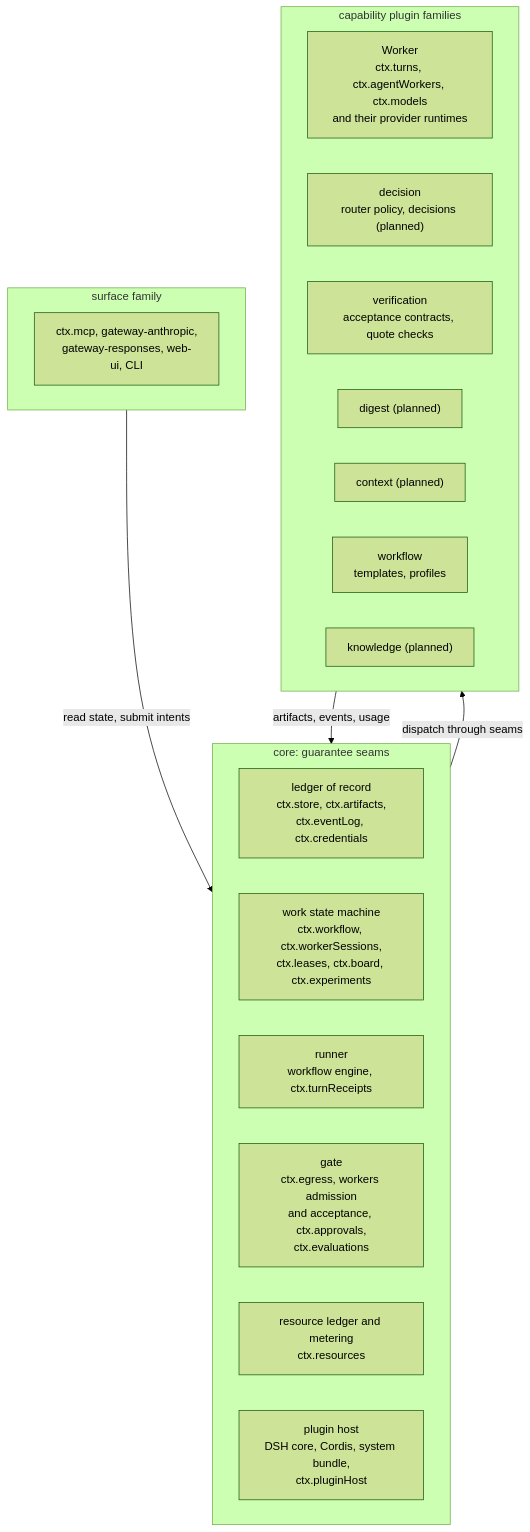
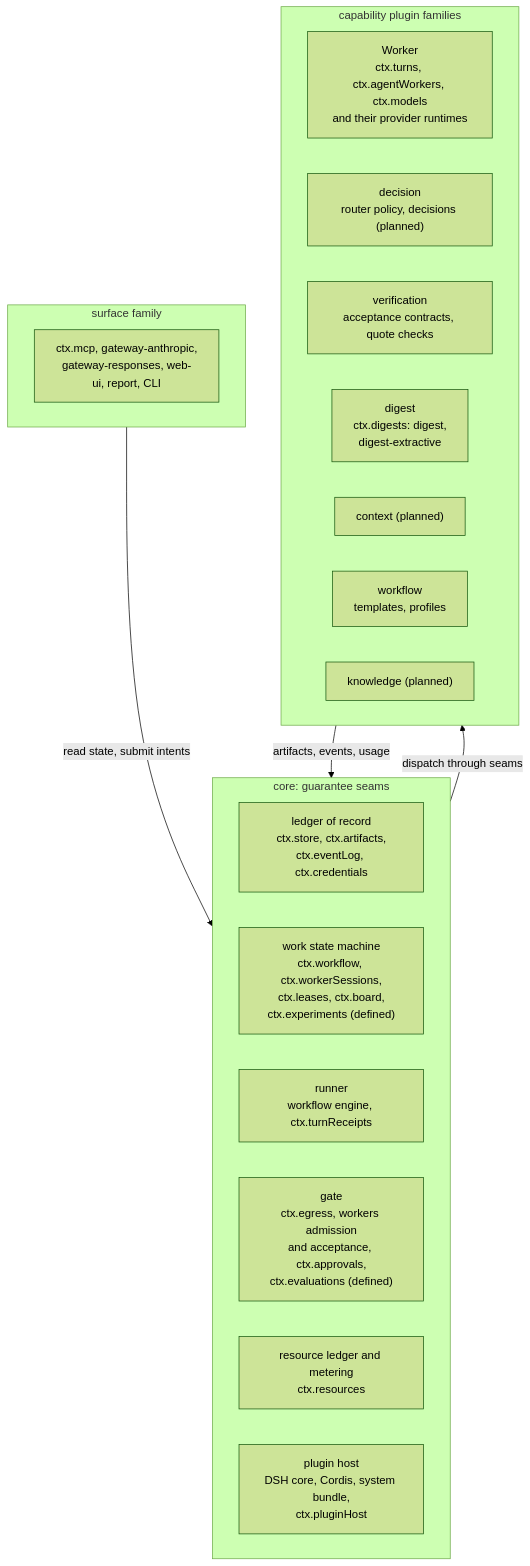
The third of 4 diagrams in docs/architecture/README.md (tsuuanmi/system), drawn with Mermaid (forest theme) before and after one commit. The commit also changed other lines of this file and 3 other files, not shown here.

Commit message:
docs(architecture): align components, data flow, and plugin model with code

````diff
--- a/docs/architecture/README.md
+++ b/docs/architecture/README.md
@@ -155,29 +164,29 @@
 ```mermaid
 flowchart TB
   subgraph SURF["surface family"]
     direction LR
-    s1["ctx.mcp, gateway-anthropic,<br/>gateway-responses, web-ui, CLI"]
+    s1["ctx.mcp, gateway-anthropic,<br/>gateway-responses, web-ui, report, CLI"]
   end
   subgraph CORE["core: guarantee seams"]
     direction LR
     led["ledger of record<br/>ctx.store, ctx.artifacts,<br/>ctx.eventLog, ctx.credentials"]
-    sm["work state machine<br/>ctx.workflow, ctx.workerSessions,<br/>ctx.leases, ctx.board, ctx.experiments"]
+    sm["work state machine<br/>ctx.workflow, ctx.workerSessions,<br/>ctx.leases, ctx.board,<br/>ctx.experiments (defined)"]
     run["runner<br/>workflow engine, ctx.turnReceipts"]
-    gate["gate<br/>ctx.egress, workers admission<br/>and acceptance, ctx.approvals,<br/>ctx.evaluations"]
+    gate["gate<br/>ctx.egress, workers admission<br/>and acceptance, ctx.approvals,<br/>ctx.evaluations (defined)"]
     res["resource ledger and metering<br/>ctx.resources"]
     host["plugin host<br/>DSH core, Cordis, system bundle,<br/>ctx.pluginHost"]
   end
   subgraph CAPF["capability plugin families"]
     direction LR
     wkr["Worker<br/>ctx.turns, ctx.agentWorkers, ctx.models<br/>and their provider runtimes"]
     dec["decision<br/>router policy, decisions (planned)"]
     ver["verification<br/>acceptance contracts, quote checks"]
-    dig["digest (planned)"]
+    dig["digest<br/>ctx.digests: digest,<br/>digest-extractive"]
     ctxp["context (planned)"]
     wfl["workflow<br/>templates, profiles"]
     kn["knowledge (planned)"]
   end
   SURF -->|"read state, submit intents"| CORE
   CORE -->|"dispatch through seams"| CAPF
   CAPF -->|"artifacts, events, usage"| CORE
 ```
````
